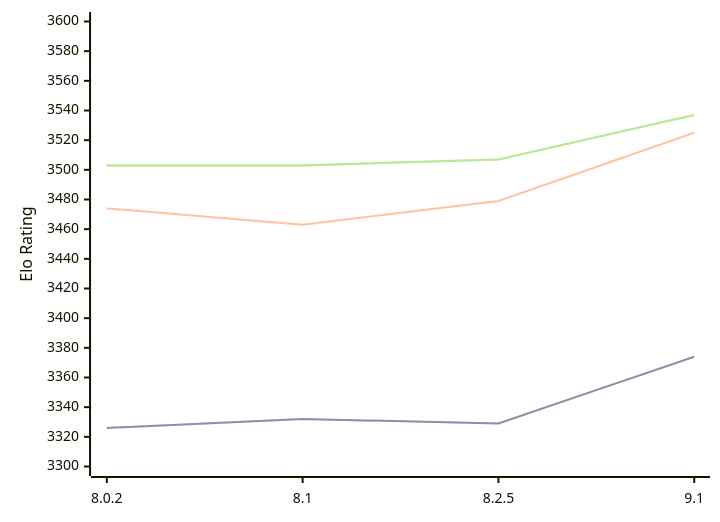
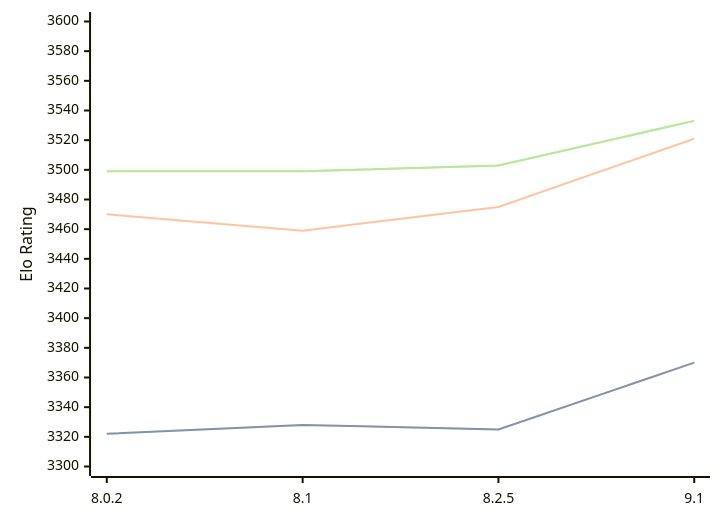
Before and after one commit to computer-chess-index/cci: the third of 3 diagrams in engines/Clover.md, drawn with Mermaid. The commit also changed other lines of this file, not shown here.

Commit message:
Update CCI Ratings (ELO VLTC) - 2026-07-16

````diff
--- a/engines/Clover.md
+++ b/engines/Clover.md
@@ -97,11 +97,11 @@
 ```mermaid
 %%{init: {"theme":"base","themeVariables":{"seriesColors:['#a3a3a3','#222221','#faa371']}}}%%
 xychart-beta
   x-axis ["8.0.2", "8.1", "8.2.5", "9.1"]
   y-axis "Elo Rating" 3300 --> 3600
-  line "STC (8.0+0.08s)" [3326, 3332, 3329, 3374]
-  line "STC (8.0+0.08s)" [3326, 3332, 3329, 3374]
-  line "LTC (60.0+0.60s)" [3474, 3463, 3479, 3525]
-  line "VLTC (2m24s+1.12s)" [3503, 3503, 3507, 3537]
-  line "VLTC (2m24s+1.12s)" [3503, 3503, 3507, 3537]
+  line "STC (8.0+0.08s)" [3322, 3328, 3325, 3370]
+  line "STC (8.0+0.08s)" [3322, 3328, 3325, 3370]
+  line "LTC (60.0+0.60s)" [3470, 3459, 3475, 3521]
+  line "VLTC (2m24s+1.12s)" [3499, 3499, 3503, 3533]
+  line "VLTC (2m24s+1.12s)" [3499, 3499, 3503, 3533]
 ```
````
